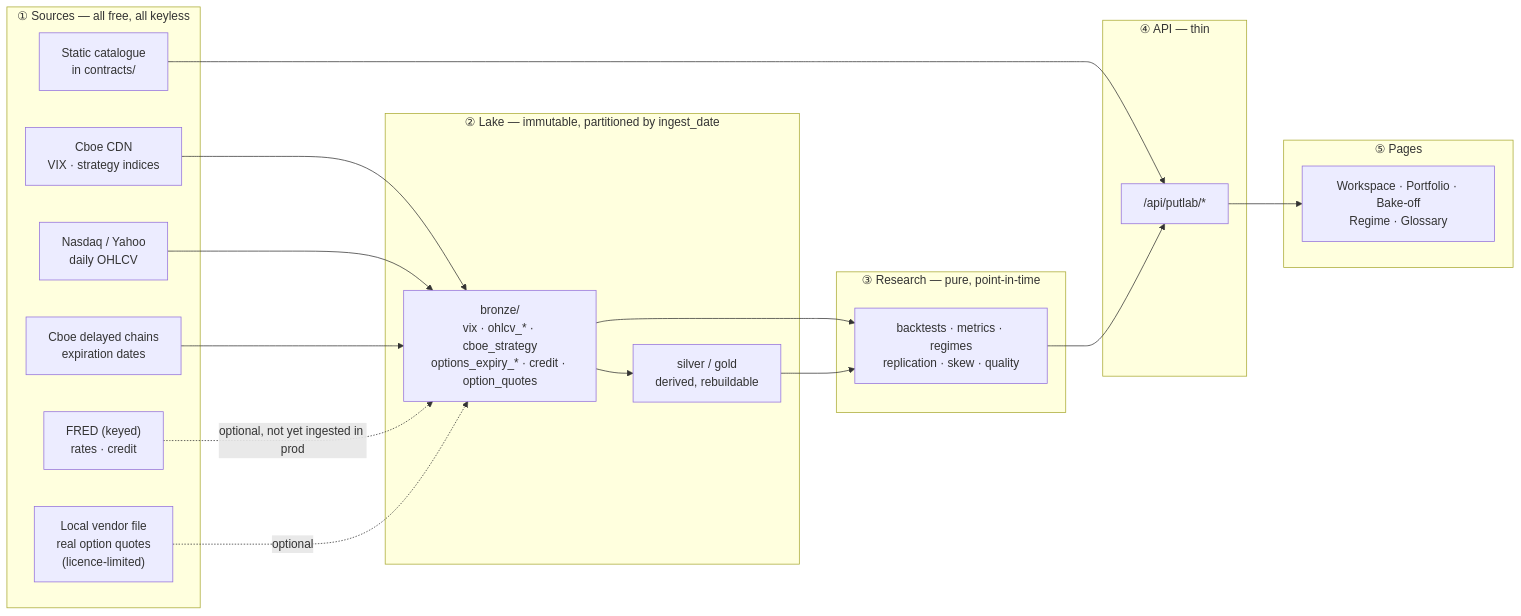
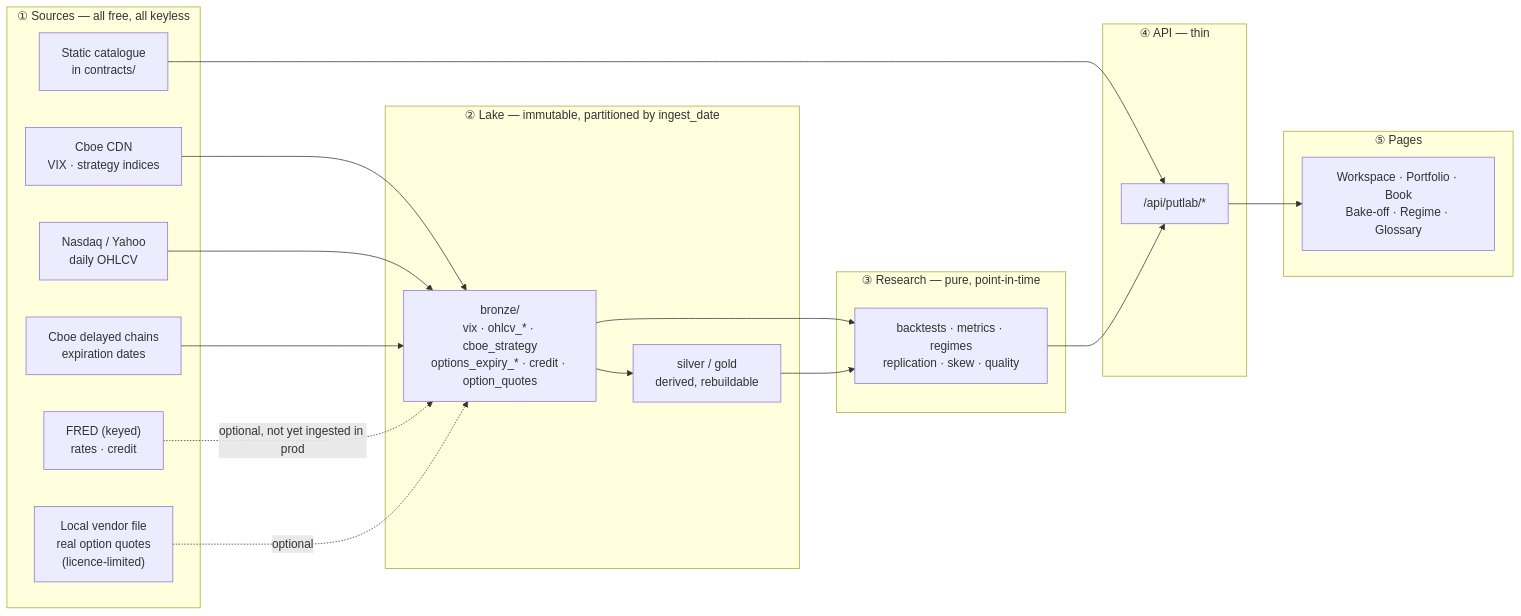
One commit to diomavro/tail-lab changed the first of 2 diagrams in docs/DATA_FLOW.md. Above: the diagram before and after it, drawn with Mermaid. The commit also changed other lines of this file and 18 other files, not shown here.

````diff
--- a/docs/DATA_FLOW.md
+++ b/docs/DATA_FLOW.md
@@ -25,36 +25,36 @@
 ```mermaid
 flowchart LR
     subgraph S["① Sources — all free, all keyless"]
         CBOE["Cboe CDN<br/>VIX · strategy indices"]
         NDQ["Nasdaq / Yahoo<br/>daily OHLCV"]
         CHAIN["Cboe delayed chains<br/>expiration dates"]
         FRED["FRED (keyed)<br/>rates · credit"]
         LOCAL["Local vendor file<br/>real option quotes<br/>(licence-limited)"]
         STATIC["Static catalogue<br/>in contracts/"]
     end
     subgraph L["② Lake — immutable, partitioned by ingest_date"]
         BRONZE["bronze/<br/>vix · ohlcv_* · cboe_strategy<br/>options_expiry_* · credit · option_quotes"]
         SG["silver / gold<br/>derived, rebuildable"]
     end
     subgraph R["③ Research — pure, point-in-time"]
         CALC["backtests · metrics · regimes<br/>replication · skew · quality"]
     end
     subgraph A["④ API — thin"]
         ROUTES["/api/putlab/*"]
     end
     subgraph U["⑤ Pages"]
-        PAGES["Workspace · Portfolio · Bake-off<br/>Regime · Glossary"]
+        PAGES["Workspace · Portfolio · Book<br/>Bake-off · Regime · Glossary"]
     end
 
     CBOE --> BRONZE
     NDQ --> BRONZE
     CHAIN --> BRONZE
     FRED -.optional, not yet ingested in prod.-> BRONZE
     LOCAL -.optional.-> BRONZE
     STATIC --> ROUTES
     BRONZE --> SG
     BRONZE --> CALC
     SG --> CALC
     CALC --> ROUTES
     ROUTES --> PAGES
 ```
````
